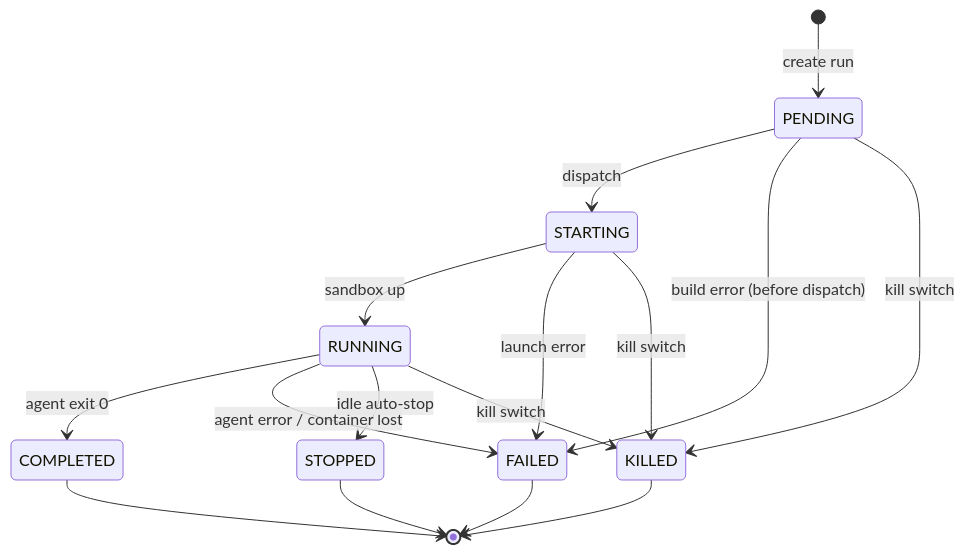
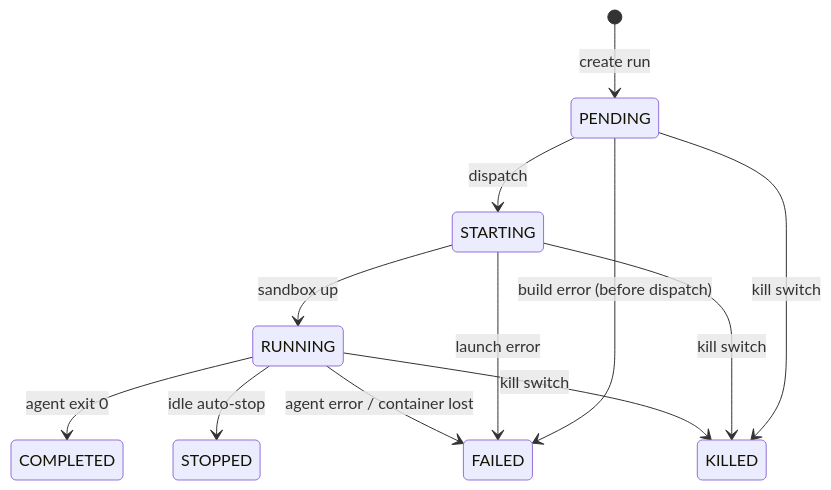
Before and after one commit to cjohnstoniv/wardyn: the second of 3 diagrams in ARCHITECTURE.md, drawn with Mermaid. The commit also changed other lines of this file and 42 other files, not shown here.

````diff
--- a/ARCHITECTURE.md
+++ b/ARCHITECTURE.md
@@ -109,18 +107,14 @@
 ```mermaid
 stateDiagram-v2
   [*] --> PENDING: create run
   PENDING --> STARTING: dispatch
   PENDING --> FAILED: build error (before dispatch)
   STARTING --> RUNNING: sandbox up
   STARTING --> FAILED: launch error
   RUNNING --> COMPLETED: agent exit 0
   RUNNING --> FAILED: agent error / container lost
   RUNNING --> STOPPED: idle auto-stop
   PENDING --> KILLED: kill switch
   STARTING --> KILLED: kill switch
   RUNNING --> KILLED: kill switch
-  COMPLETED --> [*]
-  FAILED --> [*]
-  KILLED --> [*]
-  STOPPED --> [*]
 ```
````
